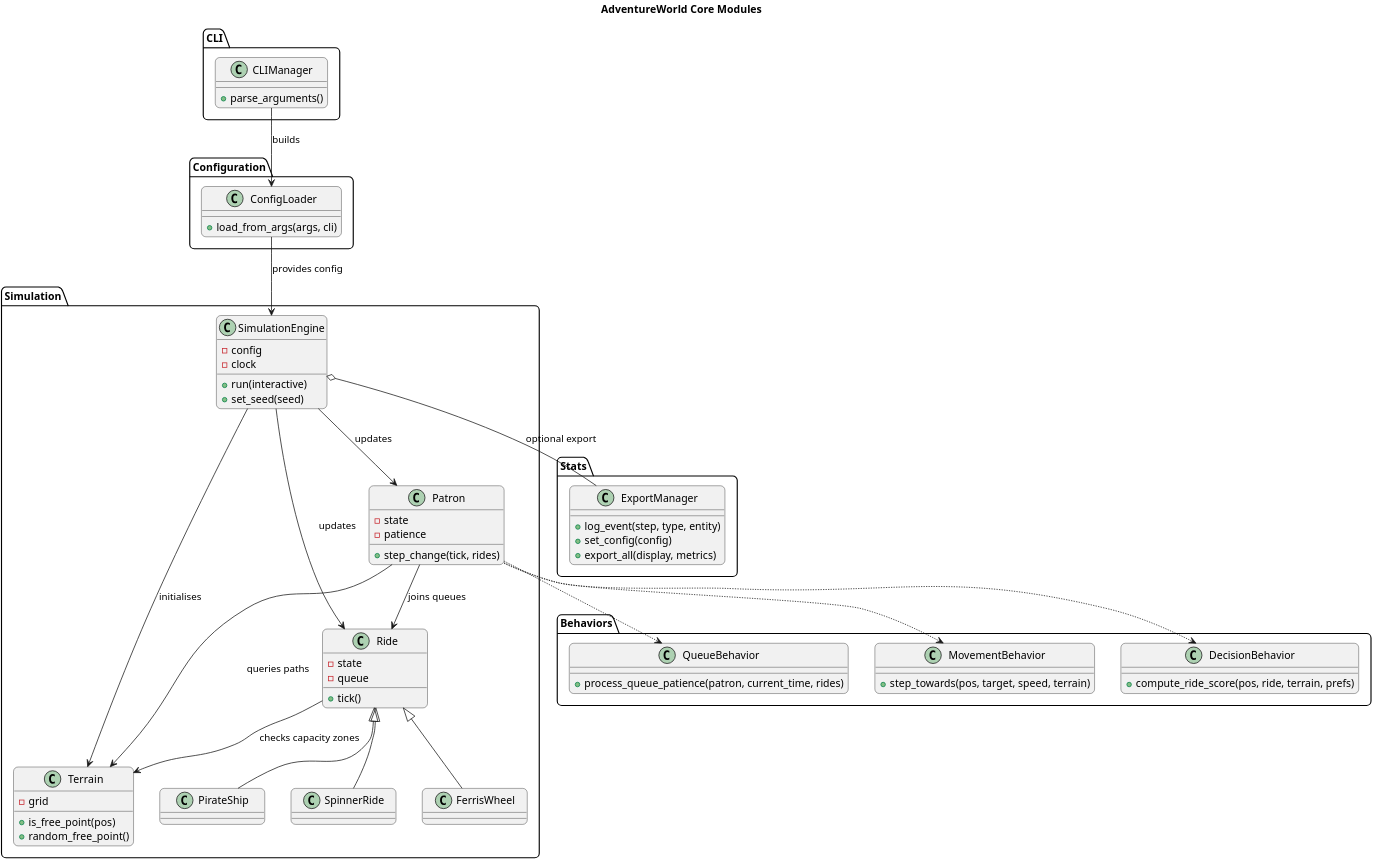
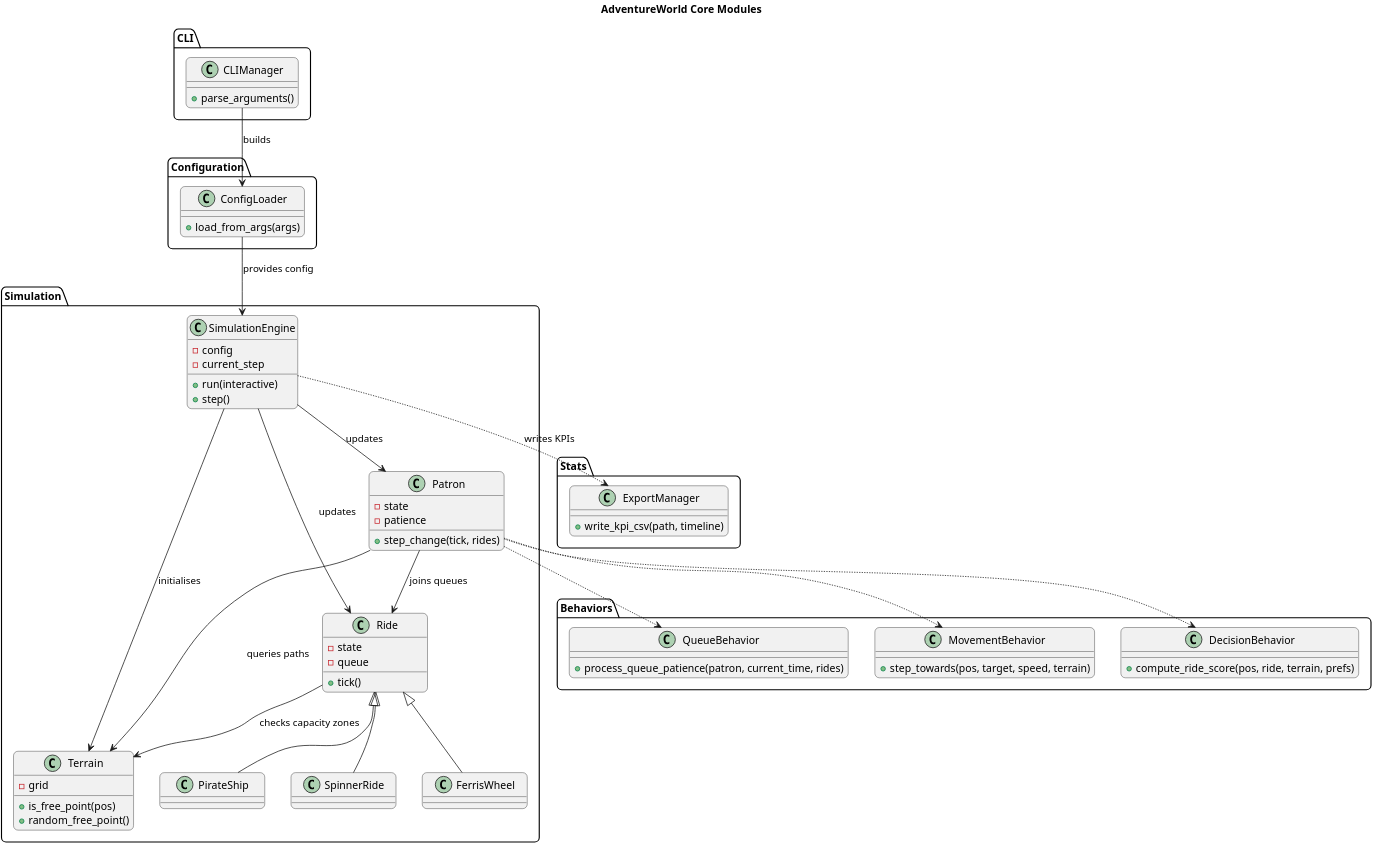
One commit to nicokleing/Curtin_Student changed the diagram in docs/uml/adventureworld_diagram.puml. Above: the diagram before and after it, drawn with PlantUML. The commit also changed 20 other files, not shown here.

```diff
--- a/docs/uml/adventureworld_diagram.puml
+++ b/docs/uml/adventureworld_diagram.puml
@@ -1,90 +1,88 @@
 @startuml adventureworld_core
-' Simple class diagram for AdventureWorld coursework
+' Class diagram for AdventureWorld coursework
 
 title AdventureWorld Core Modules
 skinparam dpi 400
 skinparam shadowing false
 skinparam minClassWidth 140
 skinparam roundCorner 12
 
 package "CLI" {
     class CLIManager {
         +parse_arguments()
     }
 }
 
 package "Configuration" {
     class ConfigLoader {
-        +load_from_args(args, cli)
+        +load_from_args(args)
     }
 }
 
 package "Simulation" {
     class SimulationEngine {
         -config
-        -clock
+        -current_step
         +run(interactive)
-        +set_seed(seed)
+        +step()
     }
 
     class Terrain {
         -grid
         +is_free_point(pos)
         +random_free_point()
     }
 
     class Patron {
         -state
         -patience
         +step_change(tick, rides)
     }
 
     class Ride {
         -state
         -queue
         +tick()
     }
 
     class FerrisWheel
     class PirateShip
     class SpinnerRide
 }
 
 package "Stats" {
     class ExportManager {
-        +log_event(step, type, entity)
-        +set_config(config)
-        +export_all(display, metrics)
+        +write_kpi_csv(path, timeline)
     }
 }
 
 package "Behaviors" {
     class MovementBehavior {
         +step_towards(pos, target, speed, terrain)
     }
     class DecisionBehavior {
         +compute_ride_score(pos, ride, terrain, prefs)
     }
     class QueueBehavior {
         +process_queue_patience(patron, current_time, rides)
     }
 }
 
 CLIManager --> ConfigLoader : builds
 ConfigLoader --> SimulationEngine : provides config
 SimulationEngine --> Terrain : initialises
 SimulationEngine --> Patron : updates
 SimulationEngine --> Ride : updates
-SimulationEngine o-- ExportManager : optional export
+SimulationEngine ..> ExportManager : writes KPIs
 Ride <|-- FerrisWheel
 Ride <|-- PirateShip
 Ride <|-- SpinnerRide
 
 Patron --> Terrain : queries paths
 Patron --> Ride : joins queues
 Patron ..> MovementBehavior
 Patron ..> DecisionBehavior
 Patron ..> QueueBehavior
 Ride --> Terrain : checks capacity zones
 
 @enduml
```
